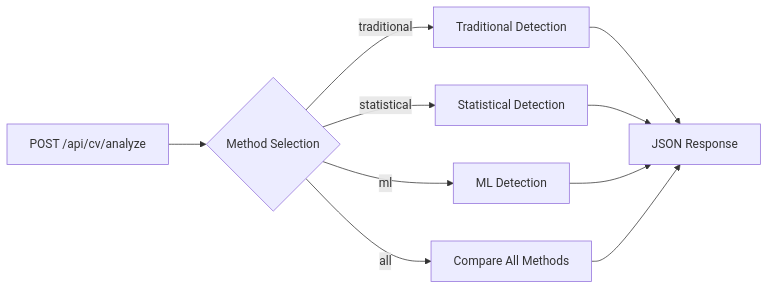
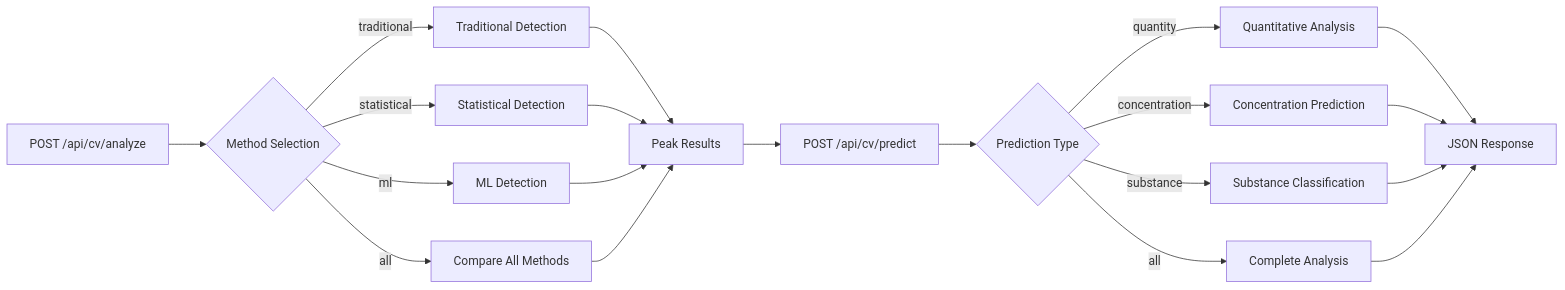
Before and after one commit to koson/H743Poten-Web: the fifth of 5 diagrams in docs/CV_PEAK_ANALYSIS_PLAN.md, drawn with Mermaid. The commit also changed other lines of this file and 3 other files, not shown here.

````diff
--- a/docs/CV_PEAK_ANALYSIS_PLAN.md
+++ b/docs/CV_PEAK_ANALYSIS_PLAN.md
@@ -269,13 +275,25 @@
 ```mermaid
 graph LR
     A[POST /api/cv/analyze] --> B{Method Selection}
     B -->|traditional| C[Traditional Detection]
     B -->|statistical| D[Statistical Detection]  
     B -->|ml| E[ML Detection]
     B -->|all| F[Compare All Methods]
     
-    C --> G[JSON Response]
+    C --> G[Peak Results]
     D --> G
     E --> G
     F --> G
+    
+    G --> H[POST /api/cv/predict]
+    H --> I{Prediction Type}
+    I -->|quantity| J[Quantitative Analysis]
+    I -->|concentration| K[Concentration Prediction]
+    I -->|substance| L[Substance Classification]
+    I -->|all| M[Complete Analysis]
+    
+    J --> N[JSON Response]
+    K --> N
+    L --> N
+    M --> N
 ```
````
